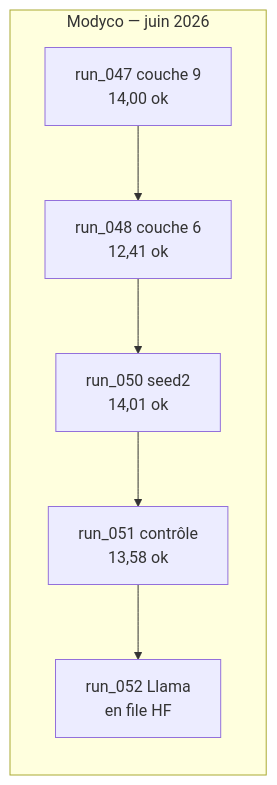
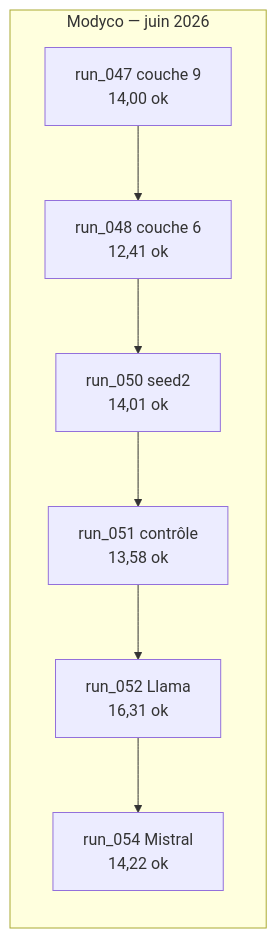
Before and after one commit to crispyfunicular/Pantagruel_S3T: the second of 2 diagrams in documentation/recommandations.md, drawn with Mermaid. The commit also changed other lines of this file and 21 other files, not shown here.

````diff
--- a/documentation/recommandations.md
+++ b/documentation/recommandations.md
@@ -124,11 +128,12 @@
 ```mermaid
 flowchart LR
   subgraph modyco [Modyco — juin 2026]
     r047["run_047 couche 9\n14,00 ok"]
     r048["run_048 couche 6\n12,41 ok"]
     r050["run_050 seed2\n14,01 ok"]
     r051["run_051 contrôle\n13,58 ok"]
-    r052["run_052 Llama\nen file HF"]
-    r047 --> r048 --> r050 --> r051 --> r052
+    r052["run_052 Llama\n16,31 ok"]
+    r054["run_054 Mistral\n14,22 ok"]
+    r047 --> r048 --> r050 --> r051 --> r052 --> r054
   end
 ```
````
